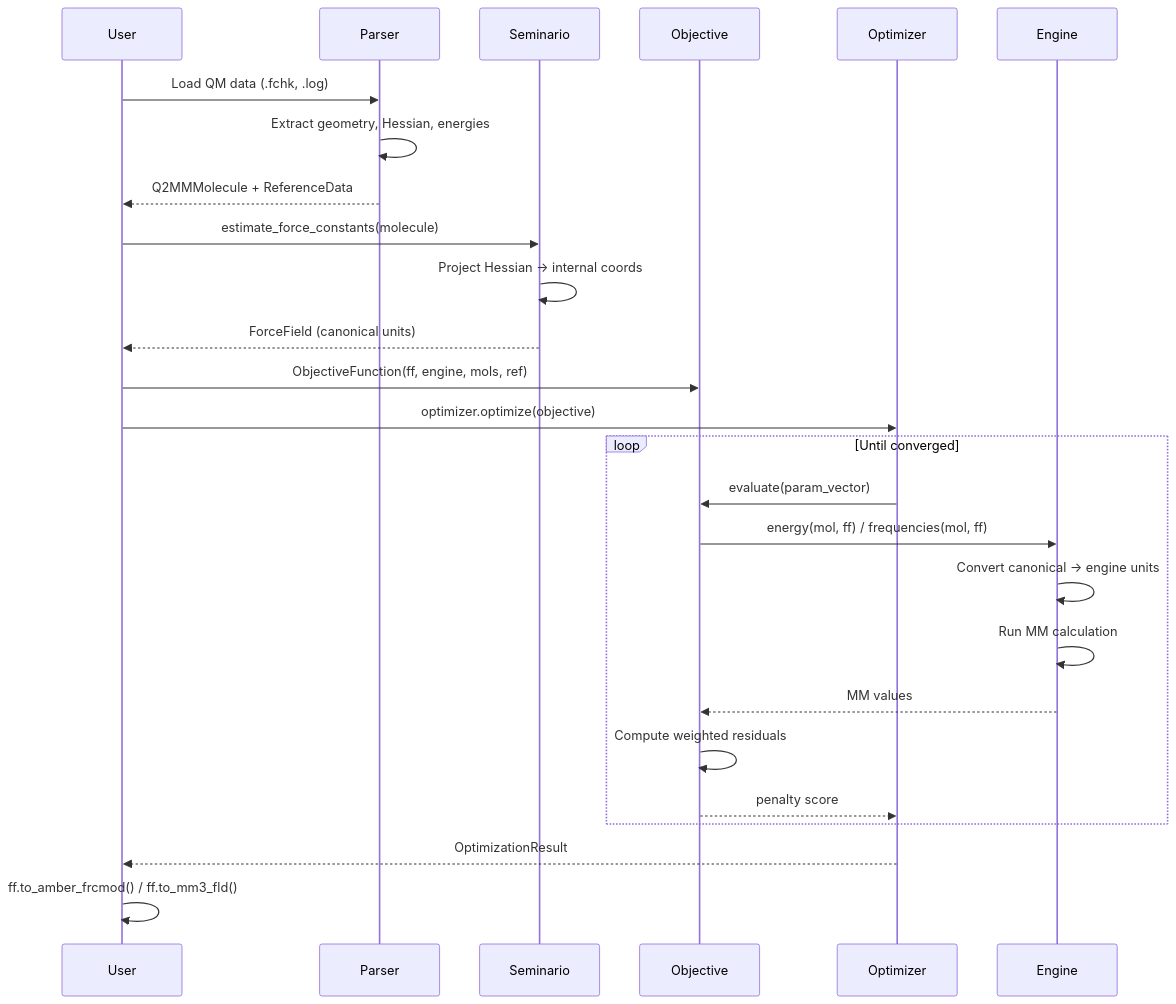
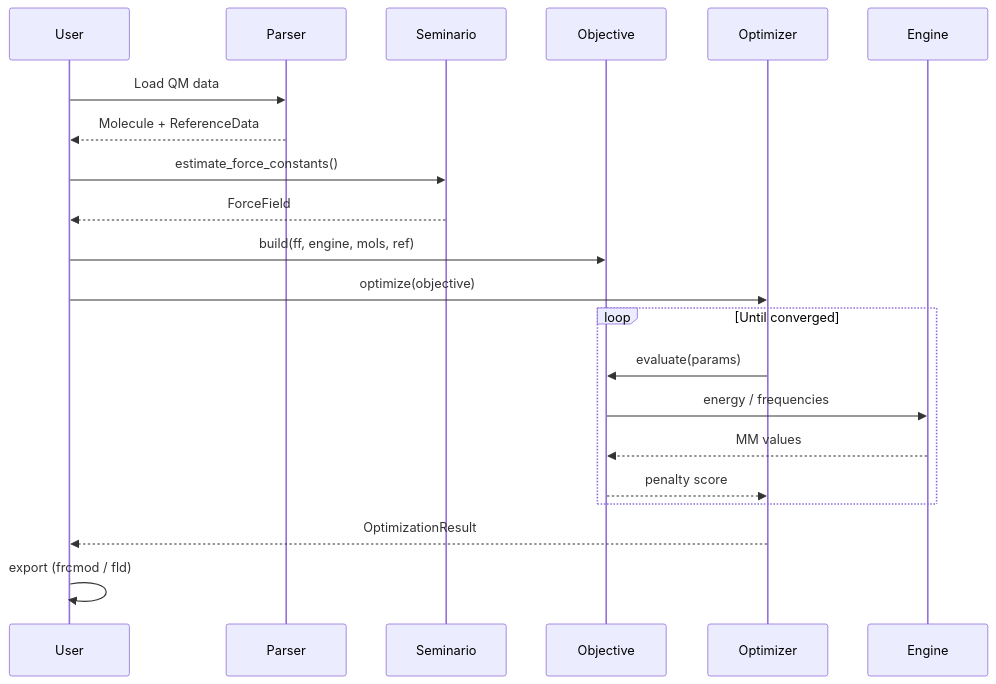
One commit to ericchansen/q2mm changed the second of 2 diagrams in docs/architecture.md. Above: the diagram before and after it, drawn with Mermaid. The commit also changed other lines of this file and 8 other files, not shown here.

First line of the commit message:
docs: standardize mermaid diagrams and add per-backend pages

````diff
--- a/docs/architecture.md
+++ b/docs/architecture.md
@@ -260,33 +260,28 @@
 ```mermaid
 sequenceDiagram
     participant User
     participant Parser
     participant Seminario
     participant Objective
     participant Optimizer
     participant Engine
 
-    User->>Parser: Load QM data (.fchk, .log)
-    Parser->>Parser: Extract geometry, Hessian, energies
-    Parser-->>User: Q2MMMolecule + ReferenceData
+    User->>Parser: Load QM data
+    Parser-->>User: Molecule + ReferenceData
 
-    User->>Seminario: estimate_force_constants(molecule)
-    Seminario->>Seminario: Project Hessian → internal coords
-    Seminario-->>User: ForceField (canonical units)
+    User->>Seminario: estimate_force_constants()
+    Seminario-->>User: ForceField
 
-    User->>Objective: ObjectiveFunction(ff, engine, mols, ref)
+    User->>Objective: build(ff, engine, mols, ref)
 
-    User->>Optimizer: optimizer.optimize(objective)
+    User->>Optimizer: optimize(objective)
     loop Until converged
-        Optimizer->>Objective: evaluate(param_vector)
-        Objective->>Engine: energy(mol, ff) / frequencies(mol, ff)
-        Engine->>Engine: Convert canonical → engine units
-        Engine->>Engine: Run MM calculation
+        Optimizer->>Objective: evaluate(params)
+        Objective->>Engine: energy / frequencies
         Engine-->>Objective: MM values
-        Objective->>Objective: Compute weighted residuals
         Objective-->>Optimizer: penalty score
     end
     Optimizer-->>User: OptimizationResult
 
-    User->>User: ff.to_amber_frcmod() / ff.to_mm3_fld()
+    User->>User: export (frcmod / fld)
 ```
````
